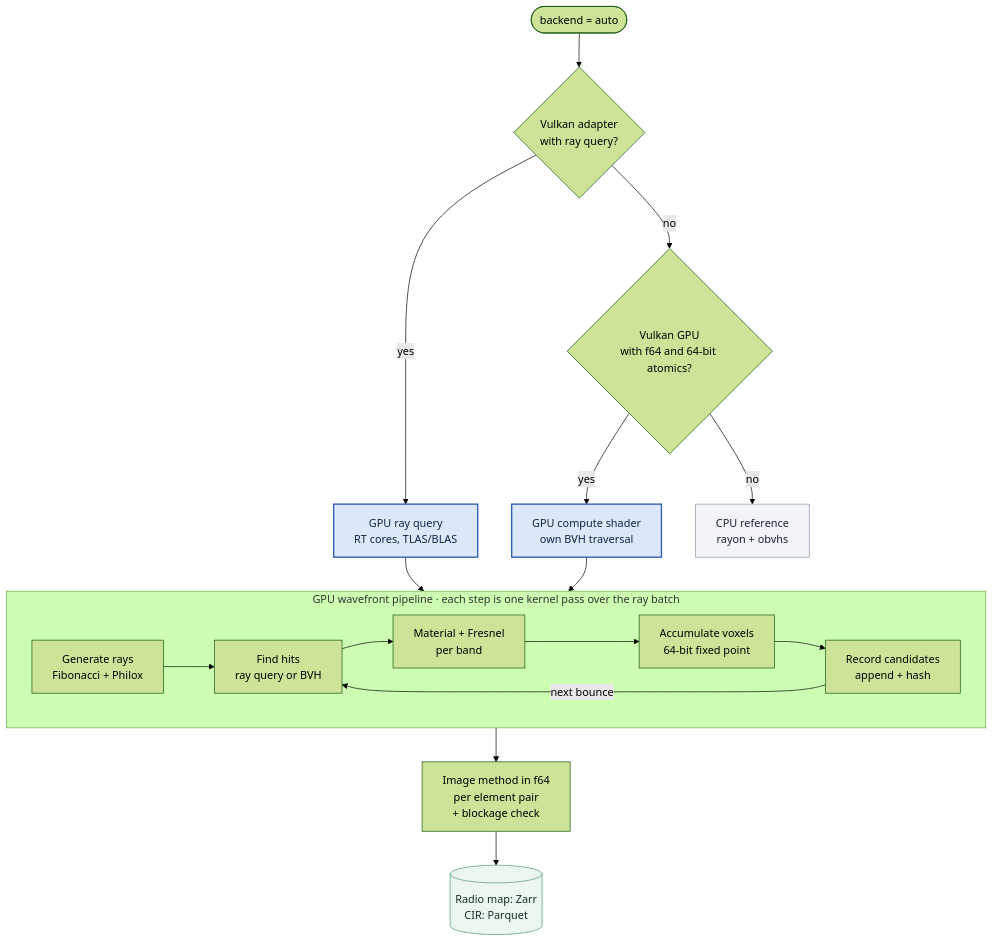
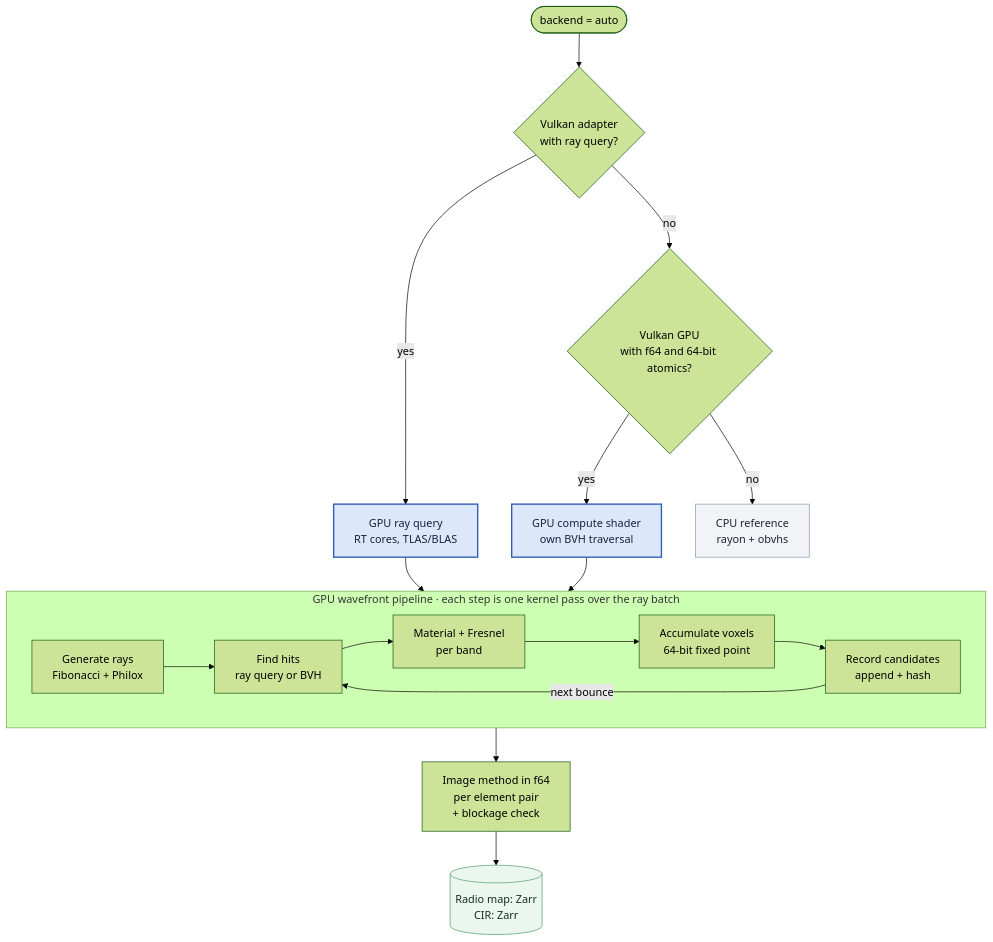
One commit to NguyenVu04/ray-twin changed the seventh of 10 diagrams in README.md. Above: the diagram before and after it, drawn with Mermaid (forest theme). The commit also changed other lines of this file and 20 other files, not shown here.

Commit message:
update architecture

````diff
--- a/README.md
+++ b/README.md
@@ -570,23 +555,23 @@
 ```mermaid
 flowchart TB
     START(["backend = auto"]) --> Q1{"Vulkan adapter<br/>with ray query?"}
     Q1 -->|"yes"| RQ["GPU ray query<br/>RT cores, TLAS/BLAS"]:::hl
     Q1 -->|"no"| Q2{"Vulkan GPU<br/>with f64 and 64-bit atomics?"}
     Q2 -->|"yes"| CS["GPU compute shader<br/>own BVH traversal"]:::hl
     Q2 -->|"no"| CPU["CPU reference<br/>rayon + obvhs"]:::ext
     subgraph WAVE["GPU wavefront pipeline · each step is one kernel pass over the ray batch"]
         direction LR
         K1["Generate rays<br/>Fibonacci + Philox"] --> K2["Find hits<br/>ray query or BVH"]
         K2 --> K3["Material + Fresnel<br/>per band"]
         K3 --> K4["Accumulate voxels<br/>64-bit fixed point"]
         K4 --> K5["Record candidates<br/>append + hash"]
         K5 -->|"next bounce"| K2
     end
     RQ --> WAVE
     CS --> WAVE
     WAVE --> IM["Image method in f64<br/>per element pair<br/>+ blockage check"]
-    IM --> OUT[("Radio map: Zarr<br/>CIR: Parquet")]:::store
+    IM --> OUT[("Radio map: Zarr<br/>CIR: Zarr")]:::store
     classDef hl fill:#DCE8FA,stroke:#2F5FB3,color:#13233F,stroke-width:2px
     classDef ext fill:#F1F3F6,stroke:#8A96A8,color:#1D2433
     classDef store fill:#EAF6EE,stroke:#4E9A6A,color:#16301F
 ```
````
